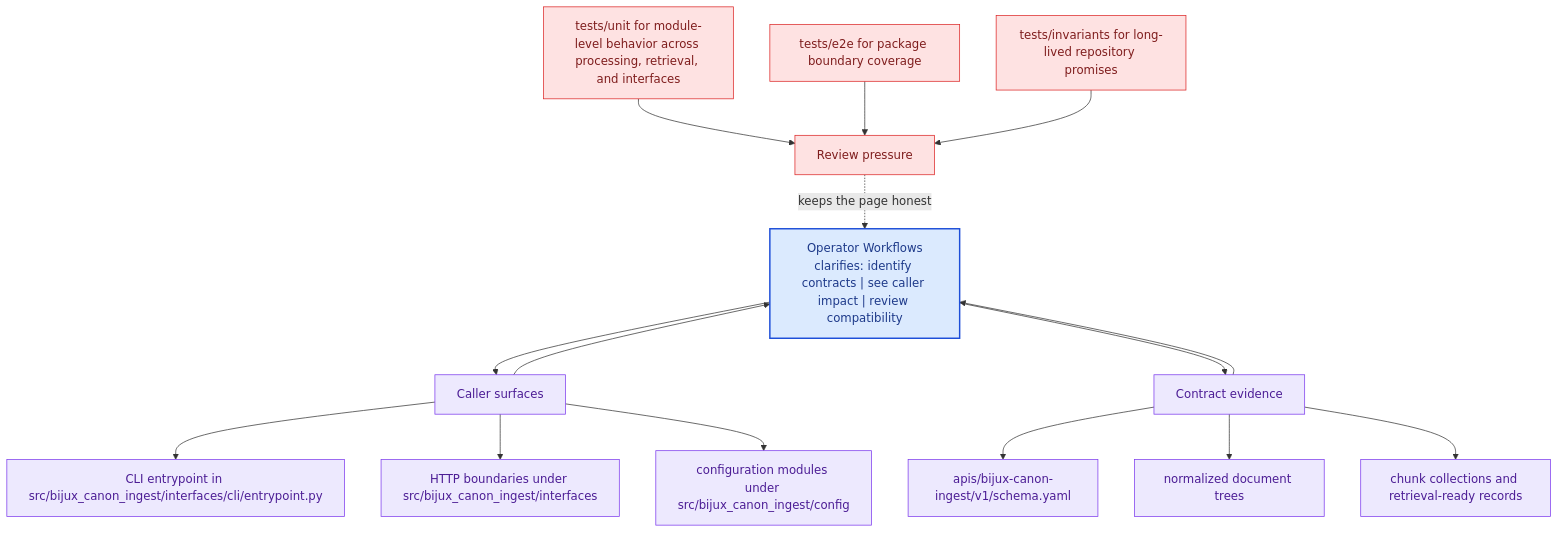
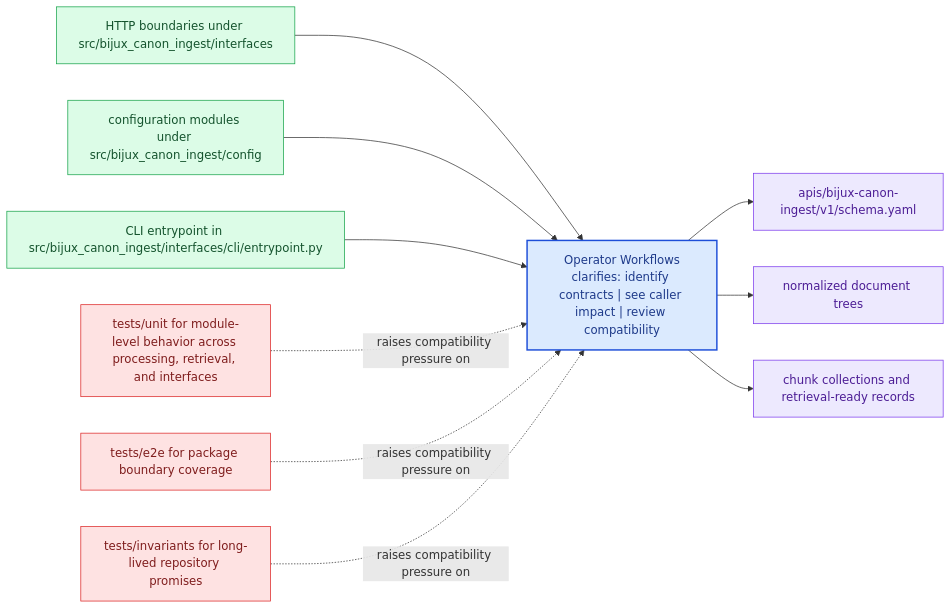
Before and after one commit to bijux/bijux-canon: the diagram in docs/bijux-canon-ingest/interfaces/operator-workflows.md, drawn with Mermaid. The commit also changed other lines of this file and 281 other files, not shown here.

Commit message:
docs(diagrams): replace repeated mermaid scaffolds with page-specific summaries

````diff
--- a/docs/bijux-canon-ingest/interfaces/operator-workflows.md
+++ b/docs/bijux-canon-ingest/interfaces/operator-workflows.md
@@ -67,41 +22,31 @@
 ```mermaid
-flowchart TB
-    promise["Operator Workflows<br/>clarifies: identify contracts | see caller impact | review compatibility"]
-    classDef promise fill:#dbeafe,stroke:#1d4ed8,color:#1e3a8a,stroke-width:2px;
-    classDef driver fill:#dcfce7,stroke:#16a34a,color:#14532d;
-    classDef constraint fill:#fee2e2,stroke:#dc2626,color:#7f1d1d;
-    classDef ground fill:#ede9fe,stroke:#7c3aed,color:#4c1d95;
-    focus1["Caller surfaces"]
-    focus1 --> promise
-    promise --> focus1
-    focus1_1["CLI entrypoint in src/bijux_canon_ingest/interfaces/cli/entrypoint.py"]
-    focus1 --> focus1_1
-    focus1_2["HTTP boundaries under src/bijux_canon_ingest/interfaces"]
-    focus1 --> focus1_2
-    focus1_3["configuration modules under src/bijux_canon_ingest/config"]
-    focus1 --> focus1_3
-    class focus1 ground;
-    class focus1_1,focus1_2,focus1_3 ground;
-    focus2["Contract evidence"]
-    focus2 --> promise
-    promise --> focus2
-    focus2_1["apis/bijux-canon-ingest/v1/schema.yaml"]
-    focus2 --> focus2_1
-    focus2_2["normalized document trees"]
-    focus2 --> focus2_2
-    focus2_3["chunk collections and retrieval-ready records"]
-    focus2 --> focus2_3
-    class focus2 ground;
-    class focus2_1,focus2_2,focus2_3 ground;
-    focus3["Review pressure"]
-    focus3 -.keeps the page honest.-> promise
-    focus3_1["tests/unit for module-level behavior across processing, retrieval, and interfaces"]
-    focus3_1 --> focus3
-    focus3_2["tests/e2e for package boundary coverage"]
-    focus3_2 --> focus3
-    focus3_3["tests/invariants for long-lived repository promises"]
-    focus3_3 --> focus3
-    class focus3 constraint;
-    class focus3_1,focus3_2,focus3_3 constraint;
-    class promise promise;
+flowchart LR
+    page["Operator Workflows<br/>clarifies: identify contracts | see caller impact | review compatibility"]
+    classDef page fill:#dbeafe,stroke:#1d4ed8,color:#1e3a8a,stroke-width:2px;
+    classDef positive fill:#dcfce7,stroke:#16a34a,color:#14532d;
+    classDef caution fill:#fee2e2,stroke:#dc2626,color:#7f1d1d;
+    classDef anchor fill:#ede9fe,stroke:#7c3aed,color:#4c1d95;
+    classDef action fill:#fef3c7,stroke:#d97706,color:#7c2d12;
+    surface1["HTTP boundaries under src/bijux_canon_ingest/interfaces"]
+    surface1 --> page
+    surface2["configuration modules under src/bijux_canon_ingest/config"]
+    surface2 --> page
+    surface3["CLI entrypoint in src/bijux_canon_ingest/interfaces/cli/entrypoint.py"]
+    surface3 --> page
+    proof1["apis/bijux-canon-ingest/v1/schema.yaml"]
+    page --> proof1
+    proof2["normalized document trees"]
+    page --> proof2
+    proof3["chunk collections and retrieval-ready records"]
+    page --> proof3
+    review1["tests/unit for module-level behavior across processing, retrieval, and interfaces"]
+    review1 -.raises compatibility pressure on.-> page
+    review2["tests/e2e for package boundary coverage"]
+    review2 -.raises compatibility pressure on.-> page
+    review3["tests/invariants for long-lived repository promises"]
+    review3 -.raises compatibility pressure on.-> page
+    class page page;
+    class surface1,surface2,surface3 positive;
+    class proof1,proof2,proof3 anchor;
+    class review1,review2,review3 caution;
 ```
````
